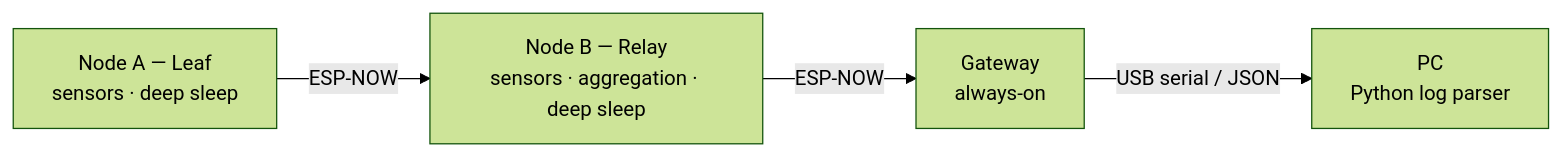
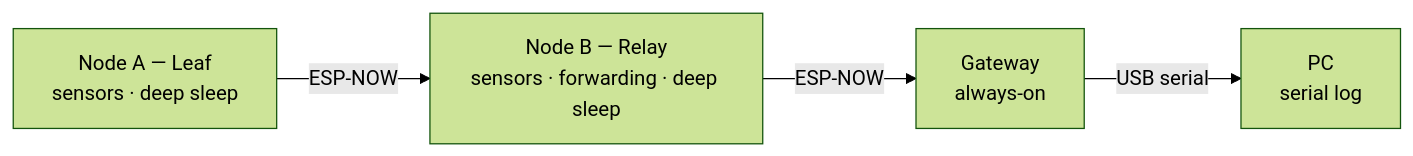
Before and after one commit to bergaltay/esp32-espnow-multihop-iot: the diagram in README.md, drawn with Mermaid (forest theme). The commit also changed other lines of this file, not shown here.

First line of the commit message:
README: align with code (aggregation not enabled, self-healing off by default, serial CSV gateway, setup steps)

````diff
--- a/README.md
+++ b/README.md
@@ -19,6 +19,6 @@
 ```mermaid
 flowchart LR
-    A["Node A — Leaf<br/>sensors · deep sleep"] -- ESP-NOW --> B["Node B — Relay<br/>sensors · aggregation · deep sleep"]
+    A["Node A — Leaf<br/>sensors · deep sleep"] -- ESP-NOW --> B["Node B — Relay<br/>sensors · forwarding · deep sleep"]
     B -- ESP-NOW --> G["Gateway<br/>always-on"]
-    G -- USB serial / JSON --> PC["PC<br/>Python log parser"]
+    G -- USB serial --> PC["PC<br/>serial log"]
 ```
````
